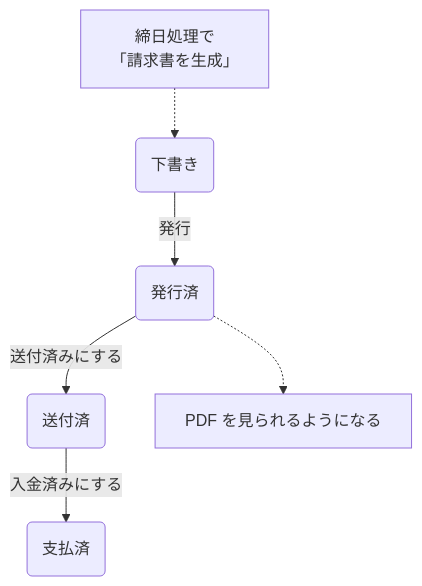
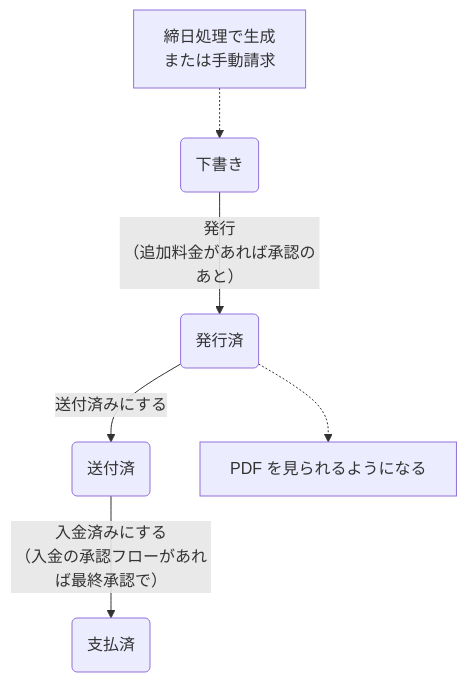
One commit to Kuisin/ckk-tool-v3 changed the diagram in coolify/apps/nextjs-web/content/manual/operations/billing/invoice/user.md. Above: the diagram before and after it, drawn with Mermaid. The commit also changed other lines of this file and 137 other files, not shown here.

````diff
--- a/coolify/apps/nextjs-web/content/manual/operations/billing/invoice/user.md
+++ b/coolify/apps/nextjs-web/content/manual/operations/billing/invoice/user.md
@@ -75,8 +77,8 @@
 ```mermaid
 flowchart TD
-  bc["締日処理で<br/>「請求書を生成」"] -.-> draft("下書き"):::gray
-  draft -->|"発行"| iss("発行済"):::blue
+  bc["締日処理で生成<br/>または手動請求"] -.-> draft("下書き"):::gray
+  draft -->|"発行<br/>（追加料金があれば承認のあと）"| iss("発行済"):::blue
   iss -->|"送付済みにする"| sent("送付済"):::violet
-  sent -->|"入金済みにする"| paid("支払済"):::green
+  sent -->|"入金済みにする<br/>（入金の承認フローがあれば最終承認で）"| paid("支払済"):::green
   iss -.-> pdf["PDF を見られるようになる"]
 ```
````
